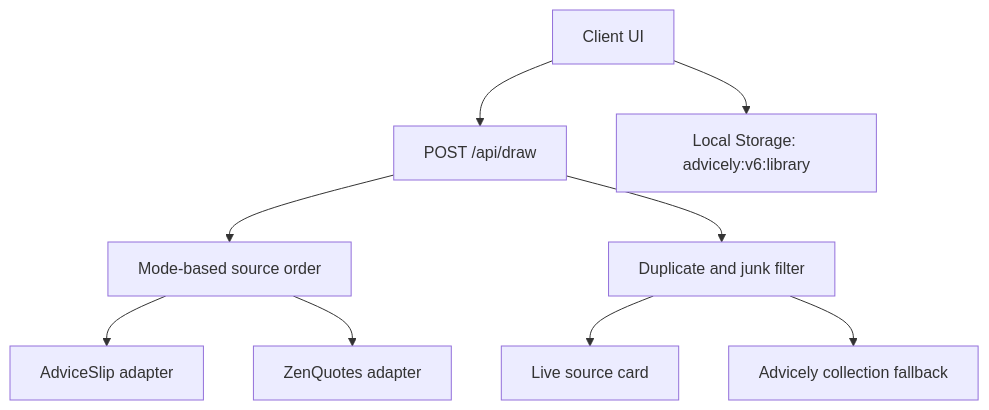
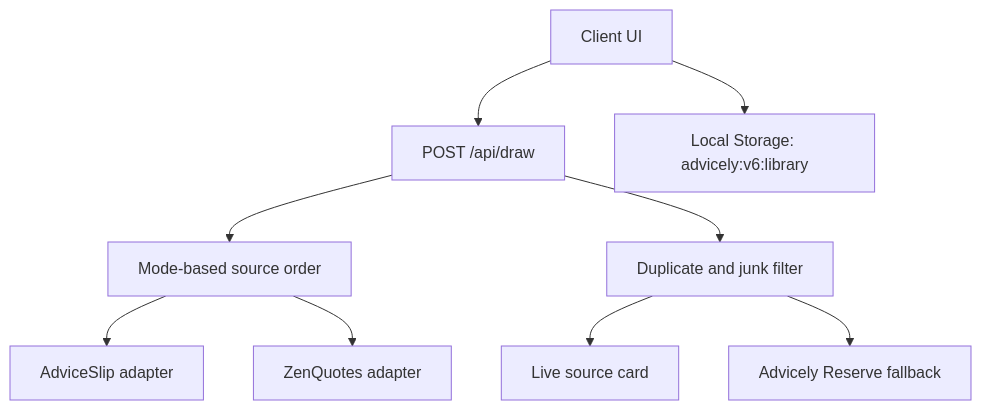
The diagram in docs/architecture.md (AibSyed/advicely), drawn with Mermaid before and after one commit. The commit also changed other lines of this file and 18 other files, not shown here.

````diff
--- a/docs/architecture.md
+++ b/docs/architecture.md
@@ -11,11 +11,11 @@
 ```mermaid
 flowchart TD
   UI["Client UI"] --> DRAW["POST /api/draw"]
   DRAW --> DECIDE["Mode-based source order"]
   DECIDE --> AS["AdviceSlip adapter"]
   DECIDE --> ZQ["ZenQuotes adapter"]
   DRAW --> FILTER["Duplicate and junk filter"]
   FILTER --> LIVE["Live source card"]
-  FILTER --> FALLBACK["Advicely collection fallback"]
+  FILTER --> FALLBACK["Advicely Reserve fallback"]
   UI --> STORE["Local Storage: advicely:v6:library"]
 ```
````
